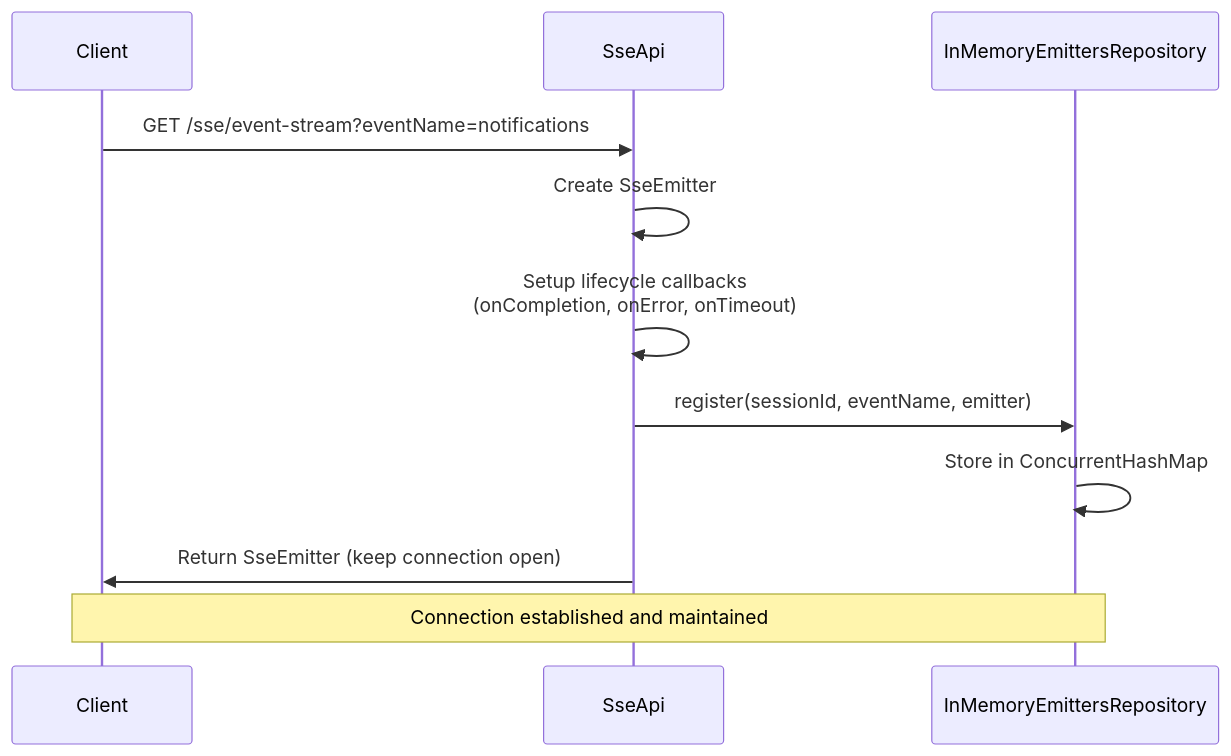
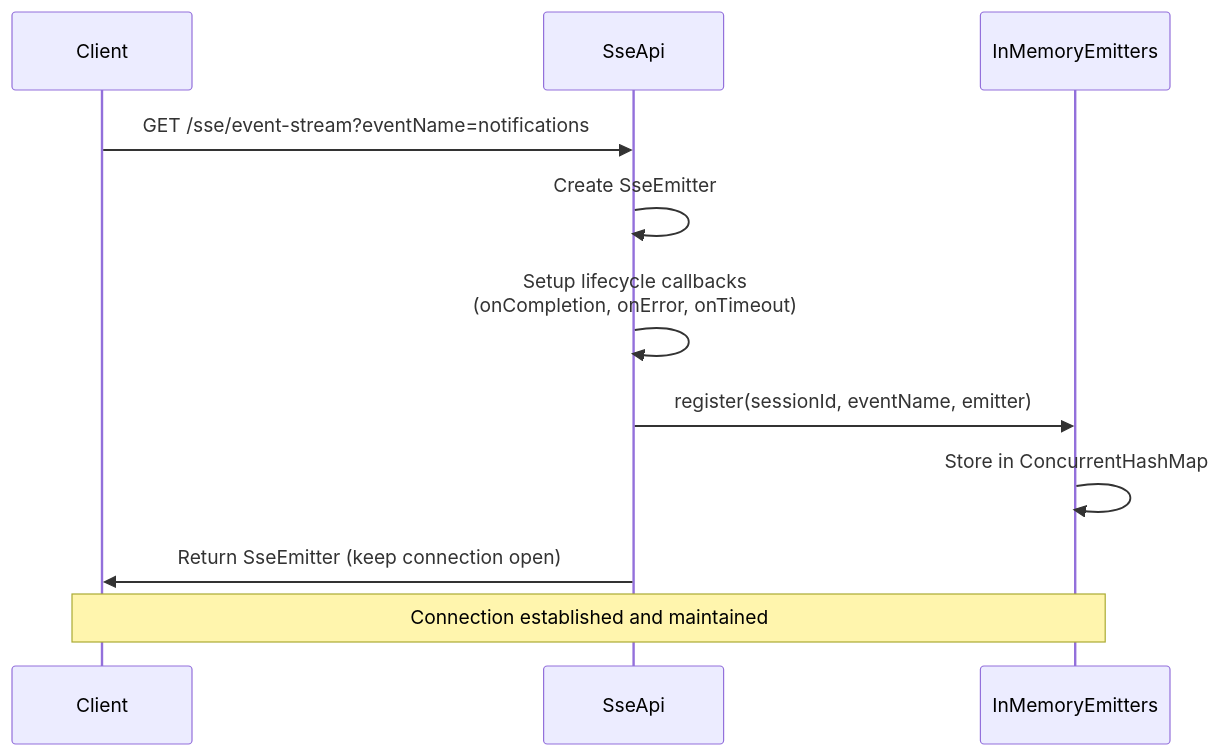
One commit to mboisnard/drinkit changed the first of 2 diagrams in tech-starters/backend/sse-starter/README.md. Above: the diagram before and after it, drawn with Mermaid. The commit also changed other lines of this file and 94 other files, not shown here.

````diff
--- a/tech-starters/backend/sse-starter/README.md
+++ b/tech-starters/backend/sse-starter/README.md
@@ -26,15 +26,15 @@
 ```mermaid
 sequenceDiagram
     participant Client
     participant SseApi
-    participant Repository as InMemoryEmittersRepository
+    participant Repository as InMemoryEmitters
 
     Client->>SseApi: GET /sse/event-stream?eventName=notifications
     SseApi->>SseApi: Create SseEmitter
     SseApi->>SseApi: Setup lifecycle callbacks<br/>(onCompletion, onError, onTimeout)
     SseApi->>Repository: register(sessionId, eventName, emitter)
     Repository->>Repository: Store in ConcurrentHashMap
     SseApi->>Client: Return SseEmitter (keep connection open)
 
     Note over Client,Repository: Connection established and maintained
 ```
````
